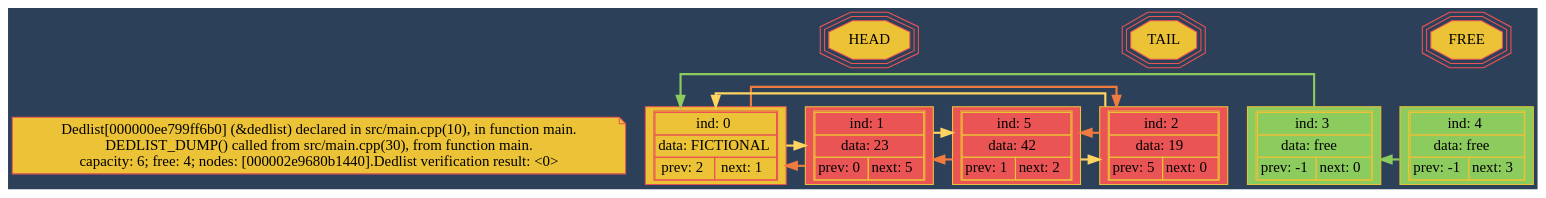
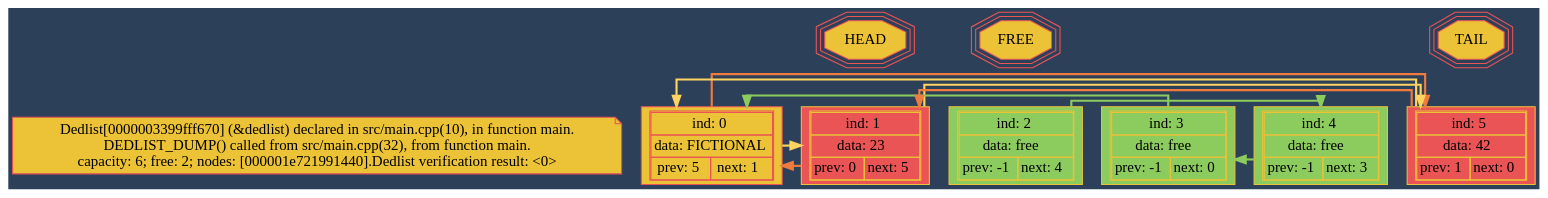
Before and after one commit to Feanor-19/dedlist: the diagram in dumps/dedlist_dump.dot, drawn with Graphviz. The commit also changed 3 other files, not shown here.

```diff
--- a/dumps/dedlist_dump.dot
+++ b/dumps/dedlist_dump.dot
@@ -1,99 +1,97 @@
 digraph{
 splines=ortho;
 bgcolor="#2D4059";
 
 
 NODE_TEXT[shape=note, fontname="verdana",
 style=bold, style=filled,
 color="#EA5455", fillcolor="#ECC237",
-label = "Dedlist[000000ee799ff6b0] (&dedlist) declared in src/main.cpp(10), in function main.\nDEDLIST_DUMP() called from src/main.cpp(30), from function main.\ncapacity: 6; free: 4; nodes: [000002e9680b1440].Dedlist verification result: <0>
+label = "Dedlist[0000003399fff670] (&dedlist) declared in src/main.cpp(10), in function main.\nDEDLIST_DUMP() called from src/main.cpp(32), from function main.\ncapacity: 6; free: 2; nodes: [000001e721991440].Dedlist verification result: <0>
 "]
 
 
 NODE_0[shape="record", fontname="verdana",
 style=bold, style=filled,
 color="#EA5455", fillcolor="#ECC237",
 label = <<table cellspacing="0">
 <tr><td colspan="2">ind: 0</td></tr>
 <tr><td colspan="2">data: FICTIONAL</td></tr>
-<tr><td>prev: 2</td><td>next: 1</td></tr></table>>];
+<tr><td>prev: 5</td><td>next: 1</td></tr></table>>];
 
 
 NODE_1[shape="record", fontname="verdana",
 style=bold, style=filled,
 color="#ECC237", fillcolor="#EA5455",
 label = <<table cellspacing="0">
 <tr><td colspan="2">ind: 1</td></tr>
 <tr><td colspan="2">data: 23</td></tr>
 <tr><td>prev: 0</td><td>next: 5</td></tr></table>>];
 
 NODE_2[shape="record", fontname="verdana",
 style=bold, style=filled,
-color="#ECC237", fillcolor="#EA5455",
+color="#ECC237", fillcolor="#8ccb5e",
 label = <<table cellspacing="0">
 <tr><td colspan="2">ind: 2</td></tr>
-<tr><td colspan="2">data: 19</td></tr>
-<tr><td>prev: 5</td><td>next: 0</td></tr></table>>];
+<tr><td colspan="2">data: free</td></tr>
+<tr><td>prev: -1</td><td>next: 4</td></tr></table>>];
 
 NODE_3[shape="record", fontname="verdana",
 style=bold, style=filled,
 color="#ECC237", fillcolor="#8ccb5e",
 label = <<table cellspacing="0">
 <tr><td colspan="2">ind: 3</td></tr>
 <tr><td colspan="2">data: free</td></tr>
 <tr><td>prev: -1</td><td>next: 0</td></tr></table>>];
 
 NODE_4[shape="record", fontname="verdana",
 style=bold, style=filled,
 color="#ECC237", fillcolor="#8ccb5e",
 label = <<table cellspacing="0">
 <tr><td colspan="2">ind: 4</td></tr>
 <tr><td colspan="2">data: free</td></tr>
 <tr><td>prev: -1</td><td>next: 3</td></tr></table>>];
 
 NODE_5[shape="record", fontname="verdana",
 style=bold, style=filled,
 color="#ECC237", fillcolor="#EA5455",
 label = <<table cellspacing="0">
 <tr><td colspan="2">ind: 5</td></tr>
 <tr><td colspan="2">data: 42</td></tr>
-<tr><td>prev: 1</td><td>next: 2</td></tr></table>>];
+<tr><td>prev: 1</td><td>next: 0</td></tr></table>>];
 
 HEAD[shape=tripleoctagon, style=filled,
 fontname="verdana", color="#EA5455", fillcolor="#ECC237"];
 
 TAIL[shape=tripleoctagon, style=filled,
 fontname="verdana", color="#EA5455", fillcolor="#ECC237"];
 
 FREE[shape=tripleoctagon, style=filled,
 fontname="verdana", color="#EA5455", fillcolor="#ECC237"];
 
 
 {rank=same; NODE_TEXT NODE_0 NODE_1 NODE_2 NODE_3 NODE_4 NODE_5 }
 NODE_TEXT->NODE_0[weight=10, style=invis];
 NODE_0->NODE_1[weight=10, style=invis];
 NODE_1->NODE_2[weight=10, style=invis];
 NODE_2->NODE_3[weight=10, style=invis];
 NODE_3->NODE_4[weight=10, style=invis];
 NODE_4->NODE_5[weight=10, style=invis];
 HEAD->NODE_1[style=invis];
-TAIL->NODE_2[style=invis];
-FREE->NODE_4[style=invis];
+TAIL->NODE_5[style=invis];
+FREE->NODE_2[style=invis];
 
 
-NODE_0->NODE_2[color="#F07B3F", penwidth=2];
+NODE_0->NODE_5[color="#F07B3F", penwidth=2];
 NODE_0->NODE_1[color="#FFD460", penwidth=2];
 
 NODE_1->NODE_0[color="#F07B3F", penwidth=2];
 NODE_1->NODE_5[color="#FFD460", penwidth=2];
 
-NODE_2->NODE_5[color="#F07B3F", penwidth=2];
-NODE_2->NODE_0[color="#FFD460", penwidth=2];
-
+NODE_2->NODE_4[color="#8ccb5e", penwidth=2];
 NODE_3->NODE_0[color="#8ccb5e", penwidth=2];
 NODE_4->NODE_3[color="#8ccb5e", penwidth=2];
 NODE_5->NODE_1[color="#F07B3F", penwidth=2];
-NODE_5->NODE_2[color="#FFD460", penwidth=2];
+NODE_5->NODE_0[color="#FFD460", penwidth=2];
 
 
 }
```
